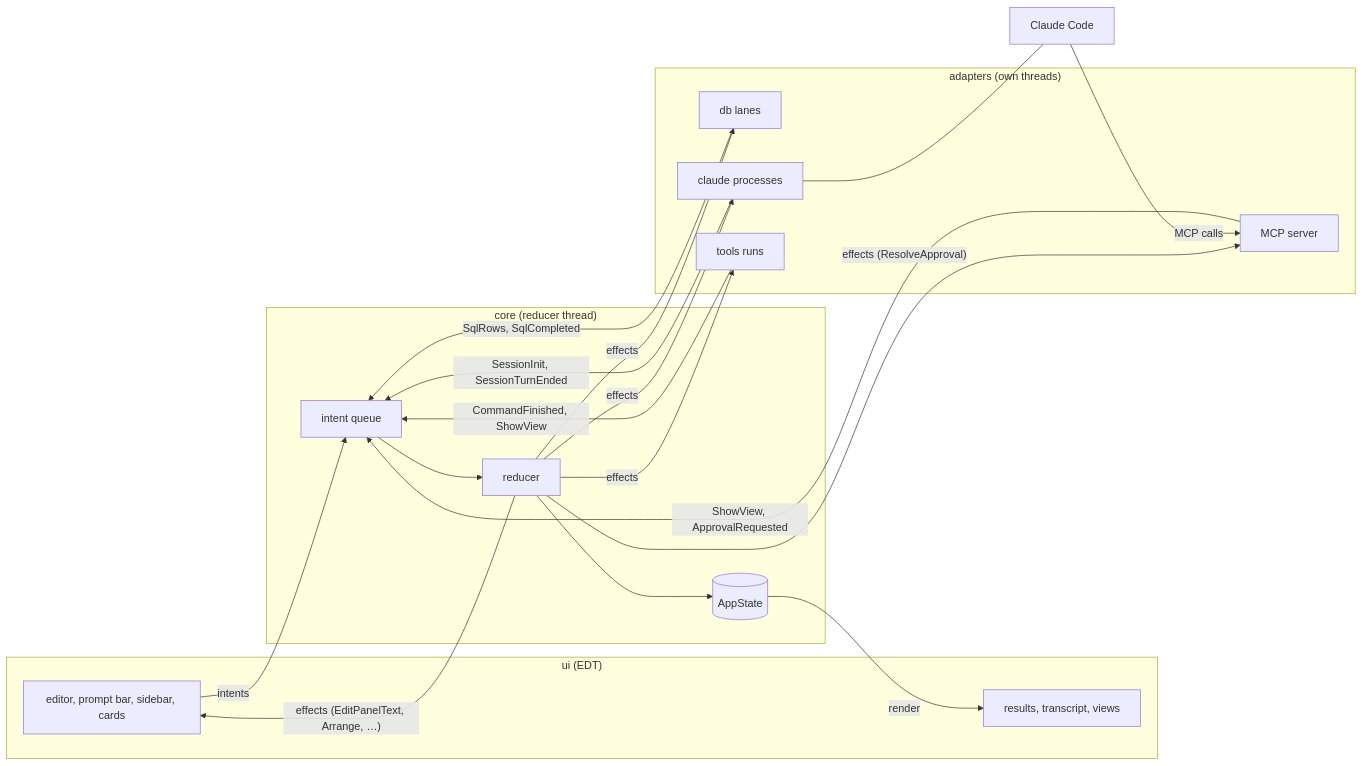
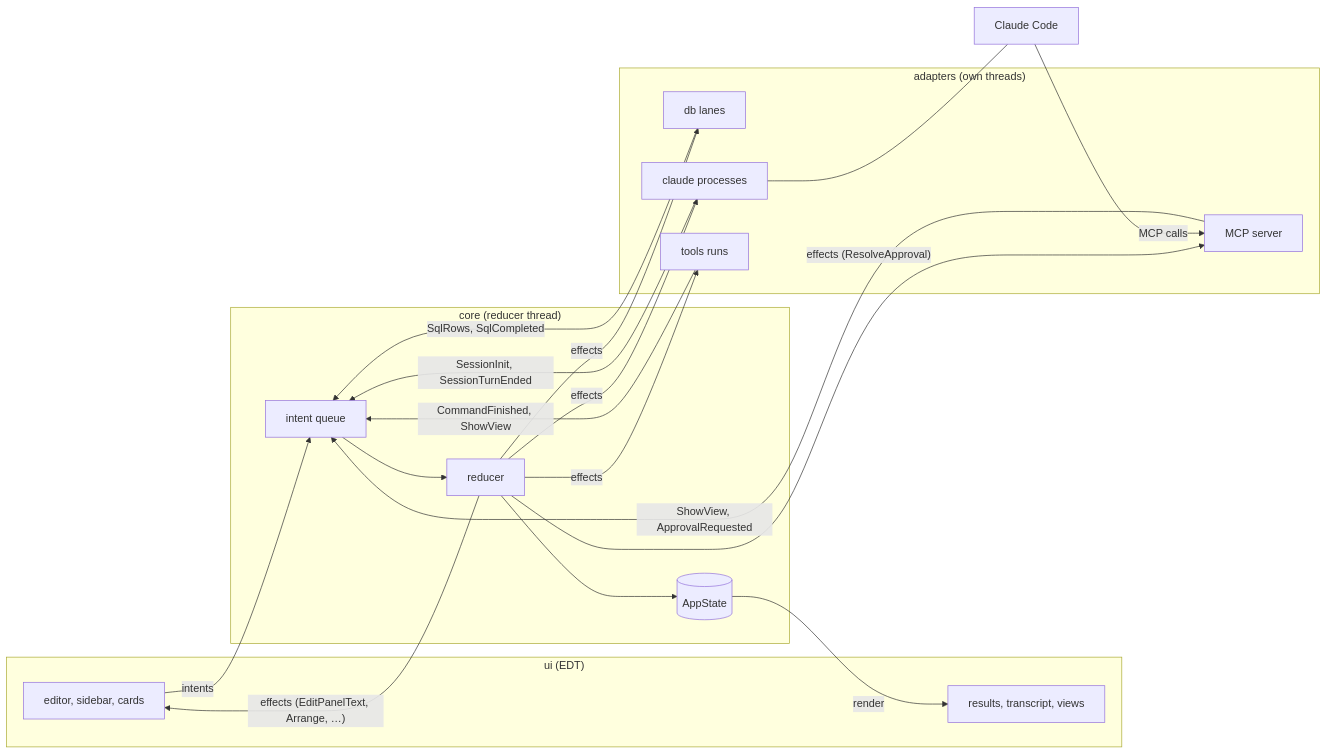
One commit to marregui/comando changed the second of 2 diagrams in docs/architecture/README.md. Above: the diagram before and after it, drawn with Mermaid. The commit also changed 46 other files, not shown here.

Commit message:
Sidebar rail, uncaught exceptions logged, no prompt bar, staged :app:run, no ~/QUESTS seeding, a file per panel reloaded on outside change

````diff
--- a/docs/architecture/README.md
+++ b/docs/architecture/README.md
@@ -44,29 +44,29 @@
 ```mermaid
 flowchart LR
   subgraph UI["ui (EDT)"]
-    ED["editor, prompt bar, sidebar, cards"]
+    ED["editor, sidebar, cards"]
     VW["results, transcript, views"]
   end
   subgraph CORE["core (reducer thread)"]
     Q["intent queue"] --> R["reducer"] --> S[("AppState")]
   end
   subgraph ADP["adapters (own threads)"]
     DBA["db lanes"]
     CL["claude processes"]
     MC["MCP server"]
     TL["tools runs"]
   end
   ED -->|intents| Q
   S -->|render| VW
   R -->|effects| DBA
   R -->|effects| CL
   R -->|effects| TL
   R -->|"effects (ResolveApproval)"| MC
   R -->|"effects (EditPanelText, Arrange, …)"| ED
   DBA -->|"SqlRows, SqlCompleted"| Q
   CL -->|"SessionInit, SessionTurnEnded"| Q
   CC["Claude Code"] -->|"MCP calls"| MC
   CL --- CC
   MC -->|"ShowView, ApprovalRequested"| Q
   TL -->|"CommandFinished, ShowView"| Q
 ```
````
